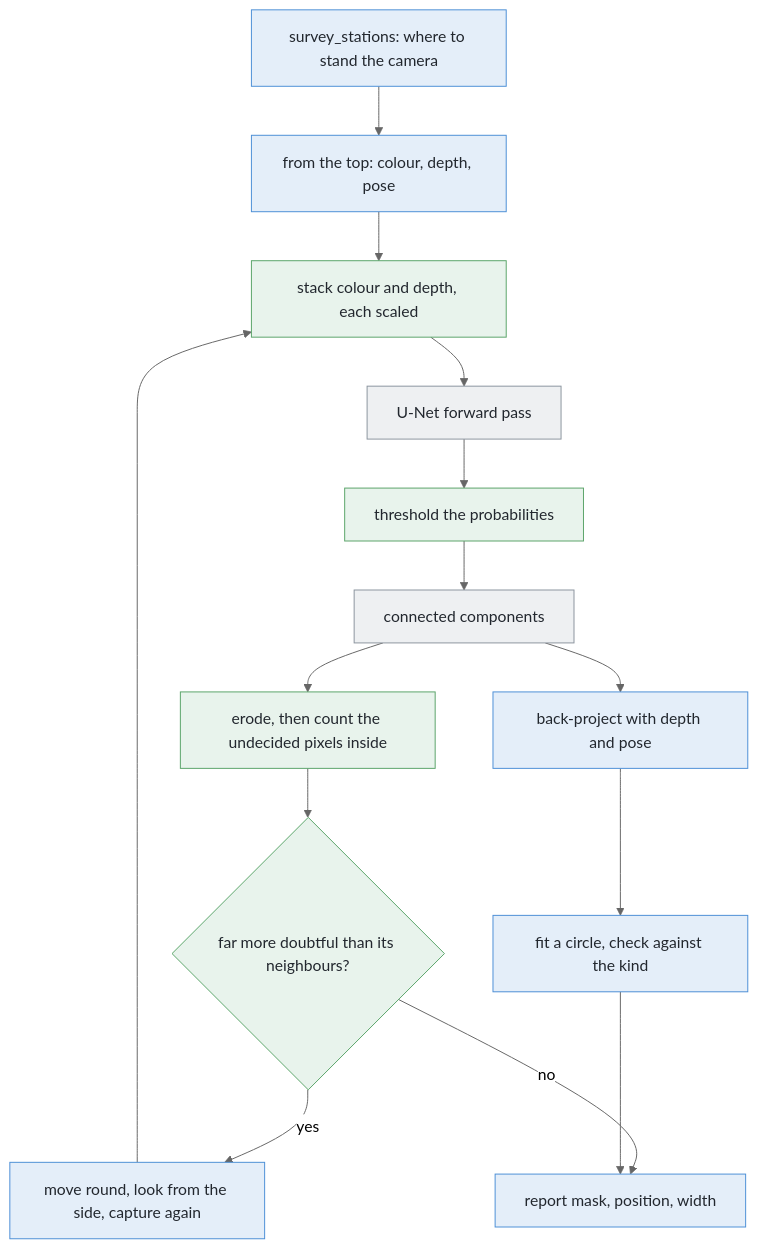
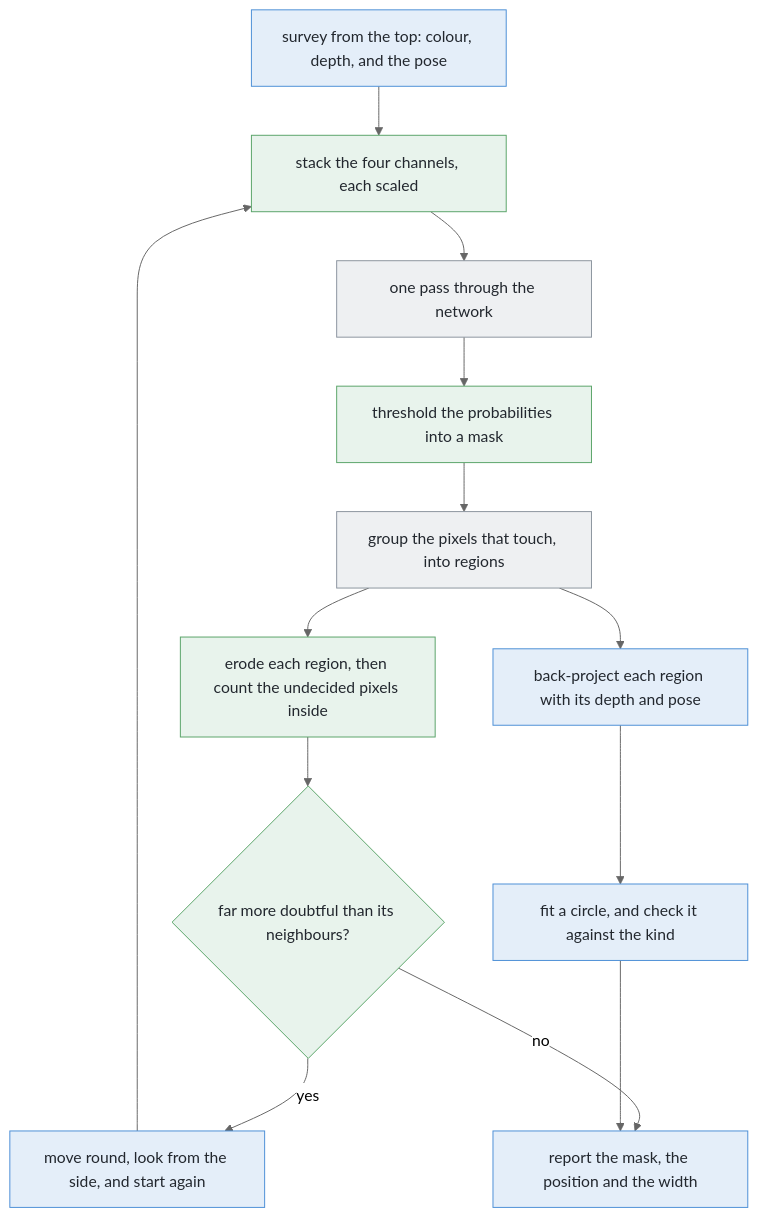
Before and after one commit to RobinNagpal/robot-arm-projects: the diagram in v5-pick-glasses/docs/problem-2/solutions/07-a-segmenter-trained-from-scratch.md, drawn with Mermaid (neutral theme). The commit also changed other lines of this file, not shown here.

````diff
--- a/v5-pick-glasses/docs/problem-2/solutions/07-a-segmenter-trained-from-scratch.md
+++ b/v5-pick-glasses/docs/problem-2/solutions/07-a-segmenter-trained-from-scratch.md
@@ -230,28 +433,26 @@
 ```mermaid
 flowchart TD
-    S["survey_stations: where to stand the camera"] --> K["from the top: colour, depth, pose"]
-    K --> X["stack colour and depth, each scaled"]
-    X --> U["U-Net forward pass"]
-    U --> T["threshold the probabilities"]
-    T --> C["connected components"]
-    C --> D["erode, then count the undecided pixels inside"]
-    C --> B["back-project with depth and pose"]
-    B --> F["fit a circle, check against the kind"]
+    S["survey from the top: colour, depth, and the pose"] --> X["stack the four channels, each scaled"]
+    X --> U["one pass through the network"]
+    U --> T["threshold the probabilities into a mask"]
+    T --> C["group the pixels that touch, into regions"]
+    C --> D["erode each region, then count the undecided pixels inside"]
+    C --> B["back-project each region with its depth and pose"]
+    B --> F["fit a circle, and check it against the kind"]
     D --> Q{"far more doubtful than its neighbours?"}
-    Q -->|yes| V["move round, look from the side, capture again"]
+    Q -->|"yes"| V["move round, look from the side, and start again"]
     V --> X
-    Q -->|no| R["report mask, position, width"]
+    Q -->|"no"| R["report the mask, the position and the width"]
     F --> R
     style S fill:#e4eef9,stroke:#4c8fd6,color:#22272e
-    style K fill:#e4eef9,stroke:#4c8fd6,color:#22272e
-    style X fill:#e8f3ec,stroke:#5aa469,color:#22272e
-    style U fill:#eef0f2,stroke:#8b949e,color:#22272e
-    style T fill:#e8f3ec,stroke:#5aa469,color:#22272e
-    style C fill:#eef0f2,stroke:#8b949e,color:#22272e
-    style D fill:#e8f3ec,stroke:#5aa469,color:#22272e
     style B fill:#e4eef9,stroke:#4c8fd6,color:#22272e
     style F fill:#e4eef9,stroke:#4c8fd6,color:#22272e
+    style R fill:#e4eef9,stroke:#4c8fd6,color:#22272e
+    style V fill:#e4eef9,stroke:#4c8fd6,color:#22272e
+    style X fill:#e8f3ec,stroke:#5aa469,color:#22272e
+    style T fill:#e8f3ec,stroke:#5aa469,color:#22272e
+    style D fill:#e8f3ec,stroke:#5aa469,color:#22272e
     style Q fill:#e8f3ec,stroke:#5aa469,color:#22272e
-    style V fill:#e4eef9,stroke:#4c8fd6,color:#22272e
-    style R fill:#e4eef9,stroke:#4c8fd6,color:#22272e
+    style C fill:#eef0f2,stroke:#8b949e,color:#22272e
+    style U fill:#eef0f2,stroke:#8b949e,color:#22272e
 ```
````
